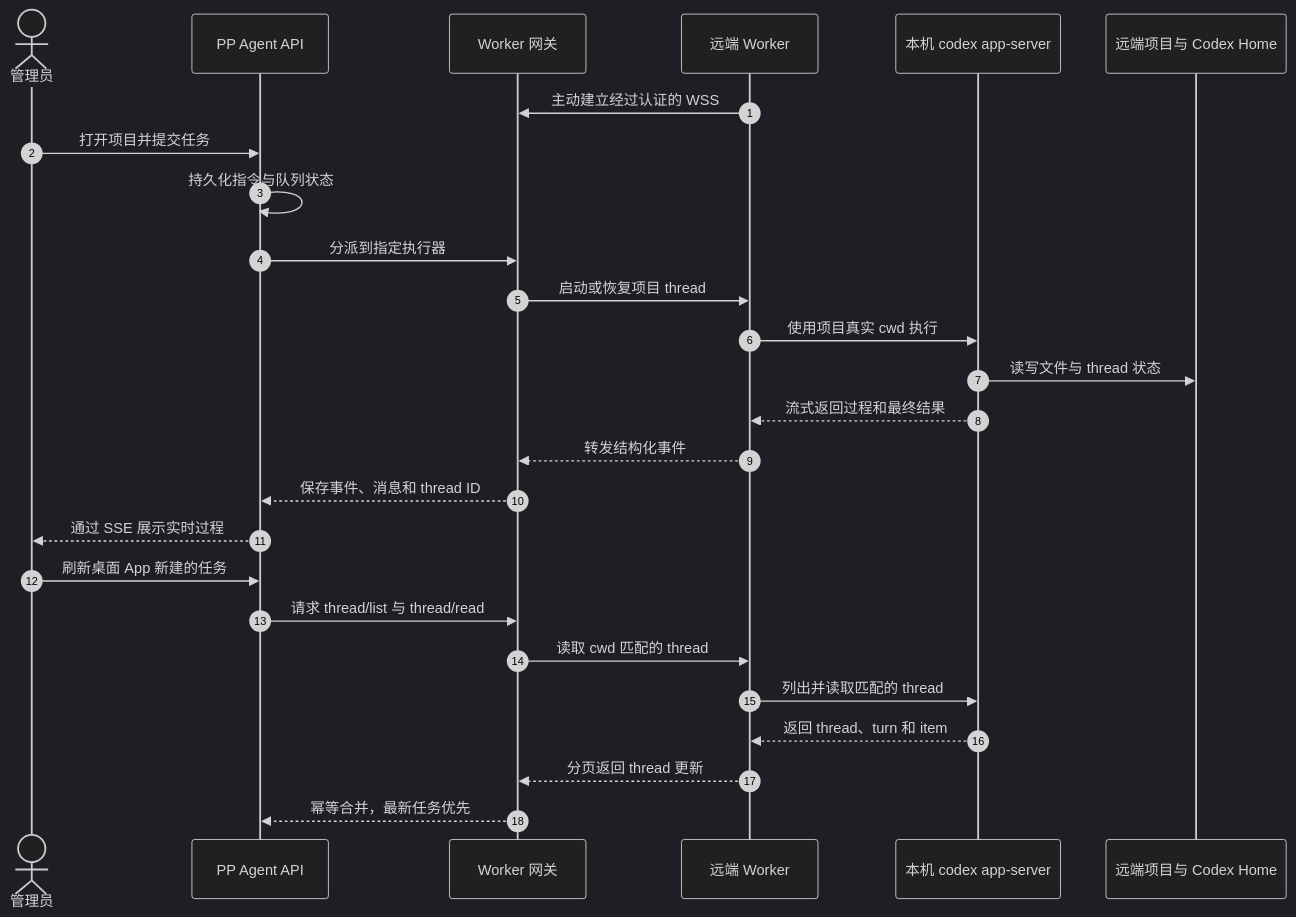
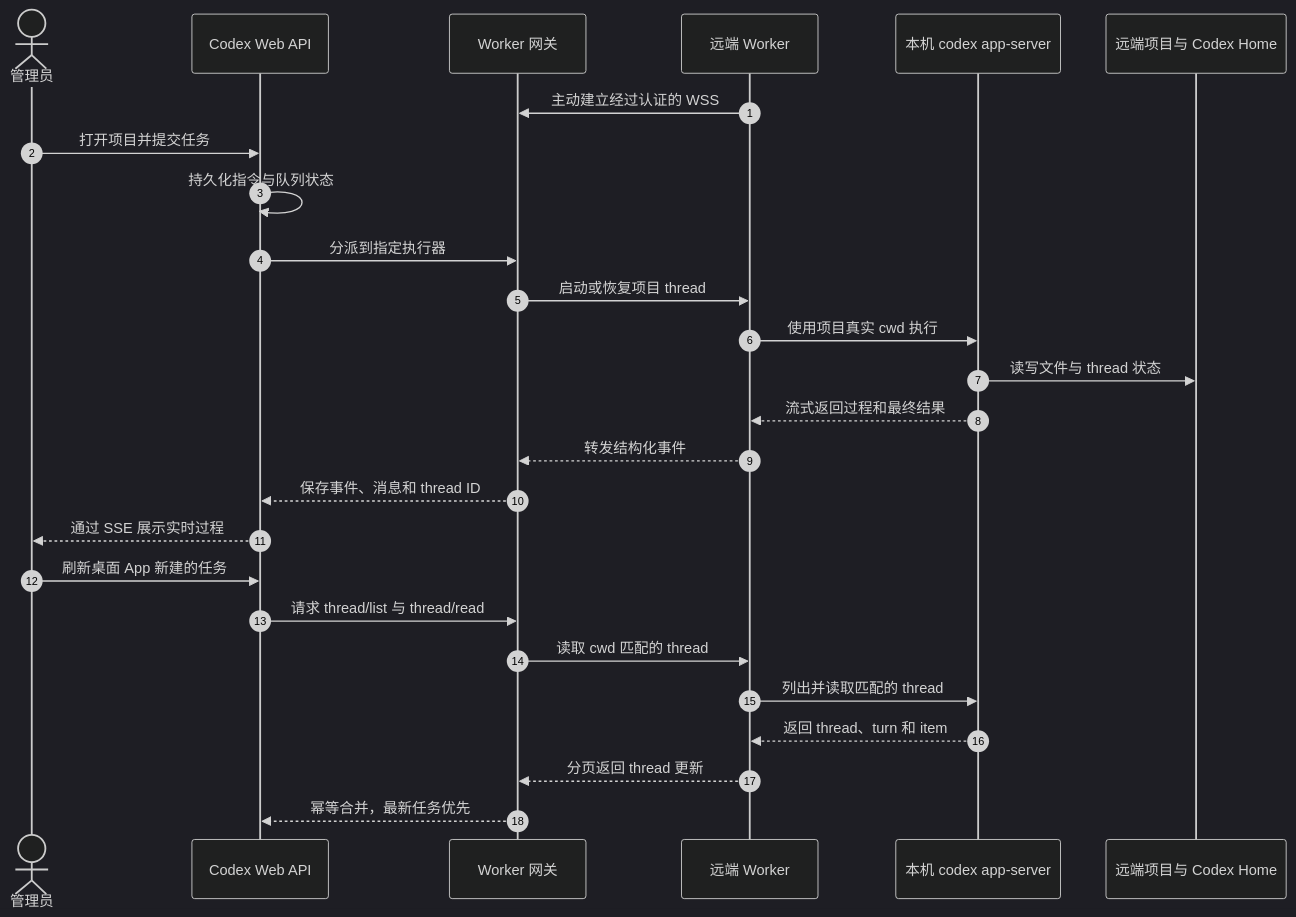
Before and after one commit to Raytto/codex-web: the second of 3 diagrams in README.zh-CN.md, drawn with Mermaid (dark theme). The commit also changed other lines of this file and 201 other files, not shown here.

Commit message:
sync optional Codex Web features with safe public gates

````diff
--- a/README.zh-CN.md
+++ b/README.zh-CN.md
@@ -102,29 +104,29 @@
 ```mermaid
 sequenceDiagram
     autonumber
     actor A as 管理员
-    participant API as PP Agent API
+    participant API as Codex Web API
     participant G as Worker 网关
     participant W as 远端 Worker
     participant C as 本机 codex app-server
     participant P as 远端项目与 Codex Home
 
     W->>G: 主动建立经过认证的 WSS
     A->>API: 打开项目并提交任务
     API->>API: 持久化指令与队列状态
     API->>G: 分派到指定执行器
     G->>W: 启动或恢复项目 thread
     W->>C: 使用项目真实 cwd 执行
     C->>P: 读写文件与 thread 状态
     C-->>W: 流式返回过程和最终结果
     W-->>G: 转发结构化事件
     G-->>API: 保存事件、消息和 thread ID
     API-->>A: 通过 SSE 展示实时过程
     A->>API: 刷新桌面 App 新建的任务
     API->>G: 请求 thread/list 与 thread/read
     G->>W: 读取 cwd 匹配的 thread
     W->>C: 列出并读取匹配的 thread
     C-->>W: 返回 thread、turn 和 item
     W-->>G: 分页返回 thread 更新
     G-->>API: 幂等合并，最新任务优先
 ```
````
